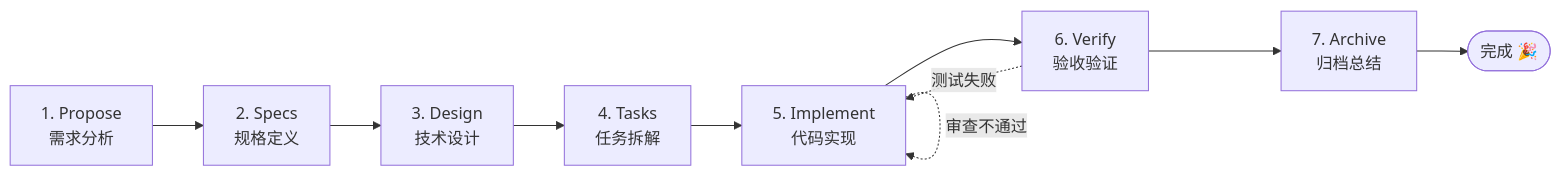
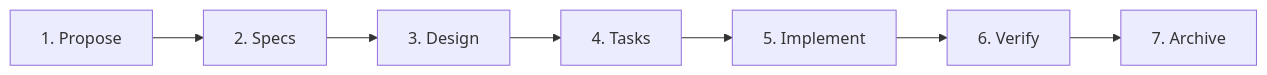
The first of 2 diagrams in README_CN.md (534529531/ralph-flow), drawn with Mermaid before and after one commit. The commit also changed other lines of this file and 8 other files, not shown here.

````diff
--- a/README_CN.md
+++ b/README_CN.md
@@ -140,13 +96,9 @@
 ```mermaid
 flowchart LR
-    P["1. Propose<br/>需求分析"] --> S["2. Specs<br/>规格定义"]
-    S --> D["3. Design<br/>技术设计"]
-    D --> T["4. Tasks<br/>任务拆解"]
-    T --> I["5. Implement<br/>代码实现"]
-    I --> V["6. Verify<br/>验收验证"]
-    V --> A["7. Archive<br/>归档总结"]
-    A --> Done(["完成 🎉"])
-
-    I -.->|"审查不通过"| I
-    V -.->|"测试失败"| I
+    P["1. Propose"] --> S["2. Specs"]
+    S --> D["3. Design"]
+    D --> T["4. Tasks"]
+    T --> I["5. Implement"]
+    I --> V["6. Verify"]
+    V --> A["7. Archive"]
 ```
````
